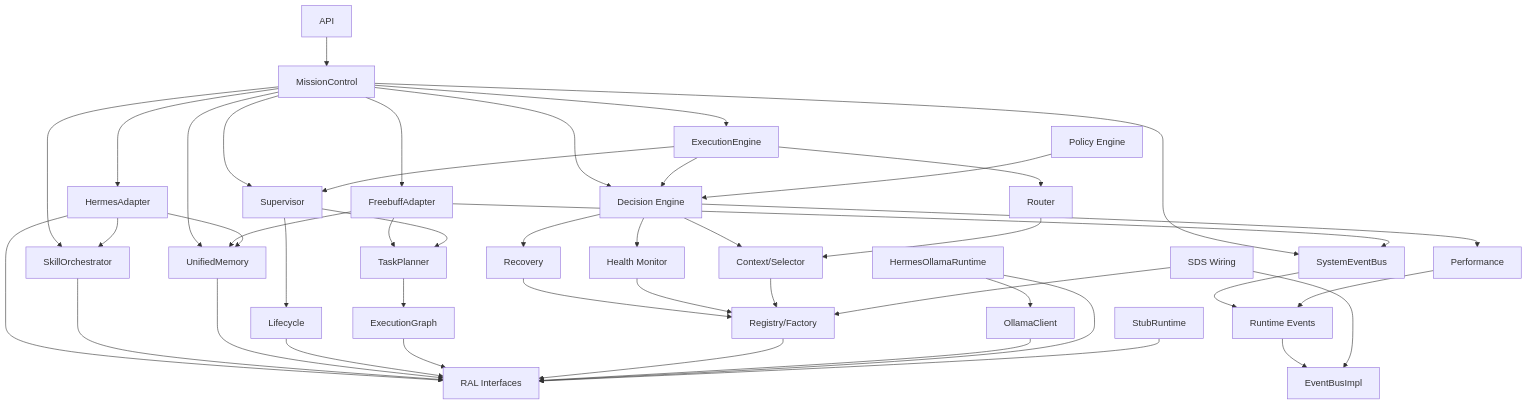
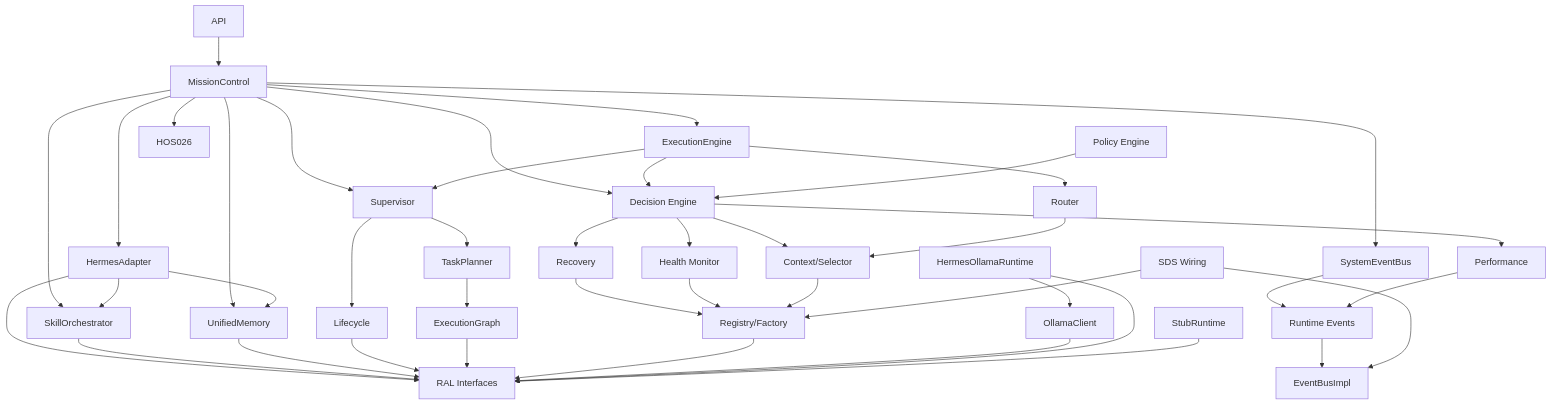
Diagram 19 of 19 in ARCHITECTURE.md (emericjean-lgtm/Hermes_OS), drawn with Mermaid before and after one commit. The commit also changed other lines of this file and 203 other files, not shown here.

````diff
--- a/ARCHITECTURE.md
+++ b/ARCHITECTURE.md
@@ -699,47 +688,44 @@
 ```mermaid
 graph TD
     HOS004[StubRuntime] --> HOS001[RAL Interfaces]
     HOS005[HermesOllamaRuntime] --> HOS001
     HOS005 --> HOS006[OllamaClient]
     HOS006 --> HOS001
     HOS007[Registry/Factory] --> HOS001
     HOS008[SDS Wiring] --> HOS002[EventBusImpl]
     HOS008 --> HOS007
     HOS009[Context/Selector] --> HOS007
     HOS010[Router] --> HOS009
     HOS011[Health Monitor] --> HOS007
     HOS012[Recovery] --> HOS007
     HOS013[Runtime Events] --> HOS002
     HOS014[Performance] --> HOS013
     HOS015[Decision Engine] --> HOS009
     HOS015 --> HOS011
     HOS015 --> HOS014
     HOS015 --> HOS012
     HOS016[Policy Engine] --> HOS015
     HOS017[ExecutionGraph] --> HOS001
     HOS018[TaskPlanner] --> HOS017
     HOS019[Lifecycle] --> HOS001
     HOS020[Supervisor] --> HOS018
     HOS020 --> HOS019
     HOS021[UnifiedMemory] --> HOS001
     HOS022[SkillOrchestrator] --> HOS001
     HOS023[HermesAdapter] --> HOS001
     HOS023 --> HOS021
     HOS023 --> HOS022
     HOS024[ExecutionEngine] --> HOS020
     HOS024 --> HOS010
     HOS024 --> HOS015
     HOS025[SystemEventBus] --> HOS013
-    HOS026[FreebuffAdapter] --> HOS018
-    HOS026 --> HOS021
-    HOS026 --> HOS025
     HOS027[MissionControl] --> HOS020
     HOS027 --> HOS024
     HOS027 --> HOS015
     HOS027 --> HOS021
     HOS027 --> HOS022
     HOS027 --> HOS025
     HOS027 --> HOS023
     HOS027 --> HOS026
     HOS028[API] --> HOS027
 ```
````
